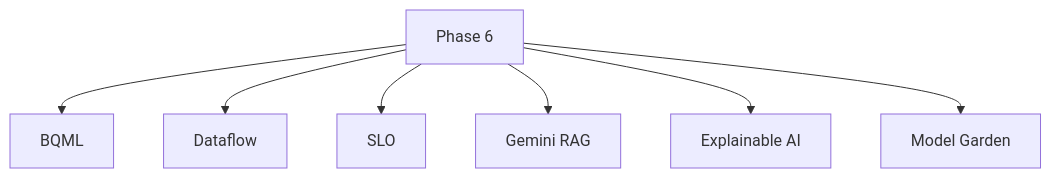
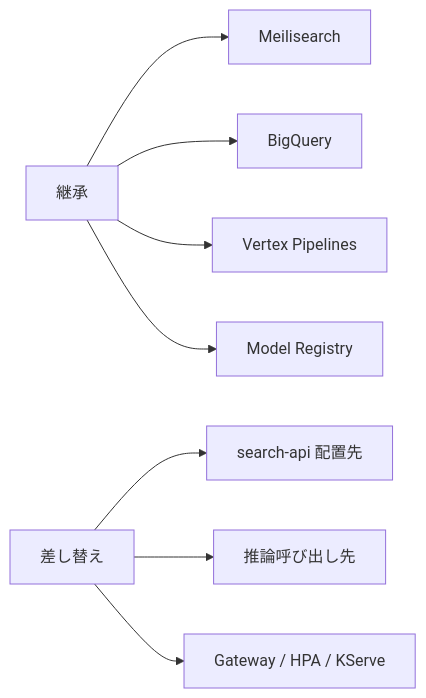
One commit to kurosawa-kuro/study-gcp-mlops changed the third of 4 diagrams in 6/study-hybrid-search-pmle/docs/教育資料/05_図解.md. Above: the diagram before and after it, drawn with Mermaid. The commit also changed other lines of this file and 680 other files, not shown here.

````diff
--- a/6/study-hybrid-search-pmle/docs/教育資料/05_図解.md
+++ b/6/study-hybrid-search-pmle/docs/教育資料/05_図解.md
@@ -37,10 +39,12 @@
 ```mermaid
-flowchart TB
-    P6[Phase 6]
-    P6 --> T1[BQML]
-    P6 --> T2[Dataflow]
-    P6 --> T3[SLO]
-    P6 --> T4[Gemini RAG]
-    P6 --> T5[Explainable AI]
-    P6 --> T6[Model Garden]
+flowchart LR
+    Keep[継承]
+    Keep --> K1[Meilisearch]
+    Keep --> K2[BigQuery]
+    Keep --> K3[Vertex Pipelines]
+    Keep --> K4[Model Registry]
+    Change[差し替え]
+    Change --> C1[search-api 配置先]
+    Change --> C2[推論呼び出し先]
+    Change --> C3[Gateway / HPA / KServe]
 ```
````
